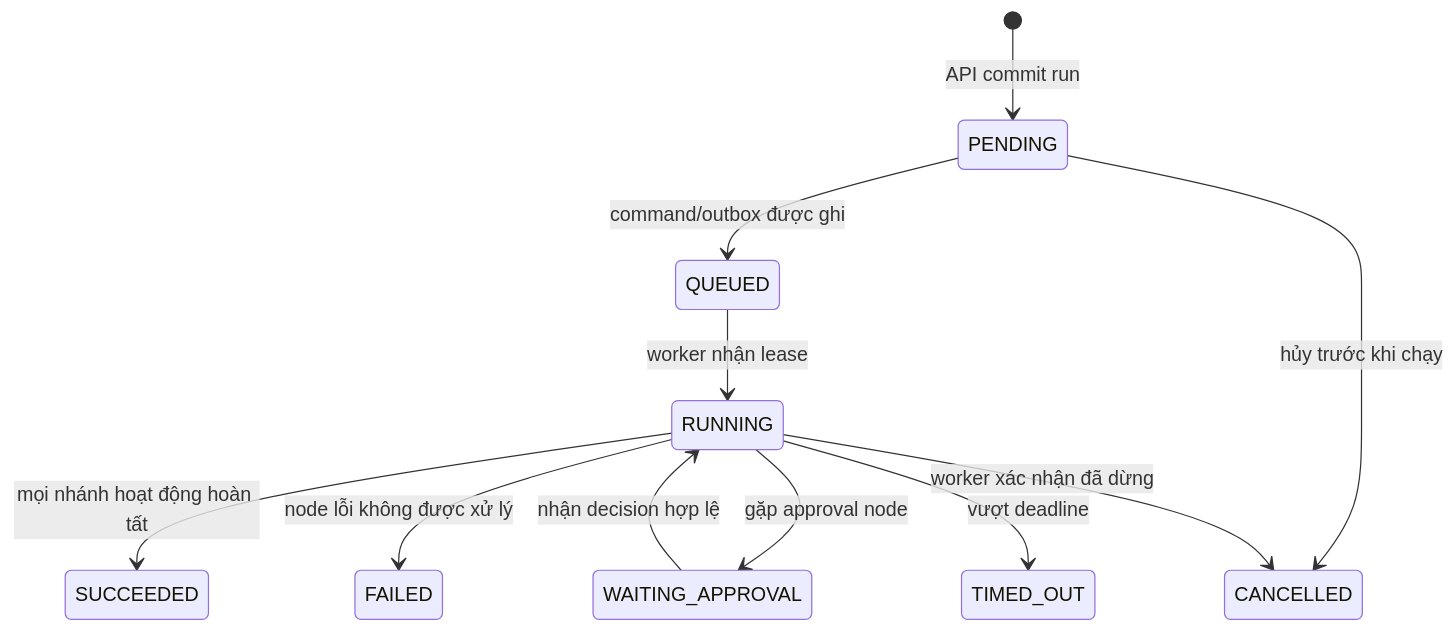
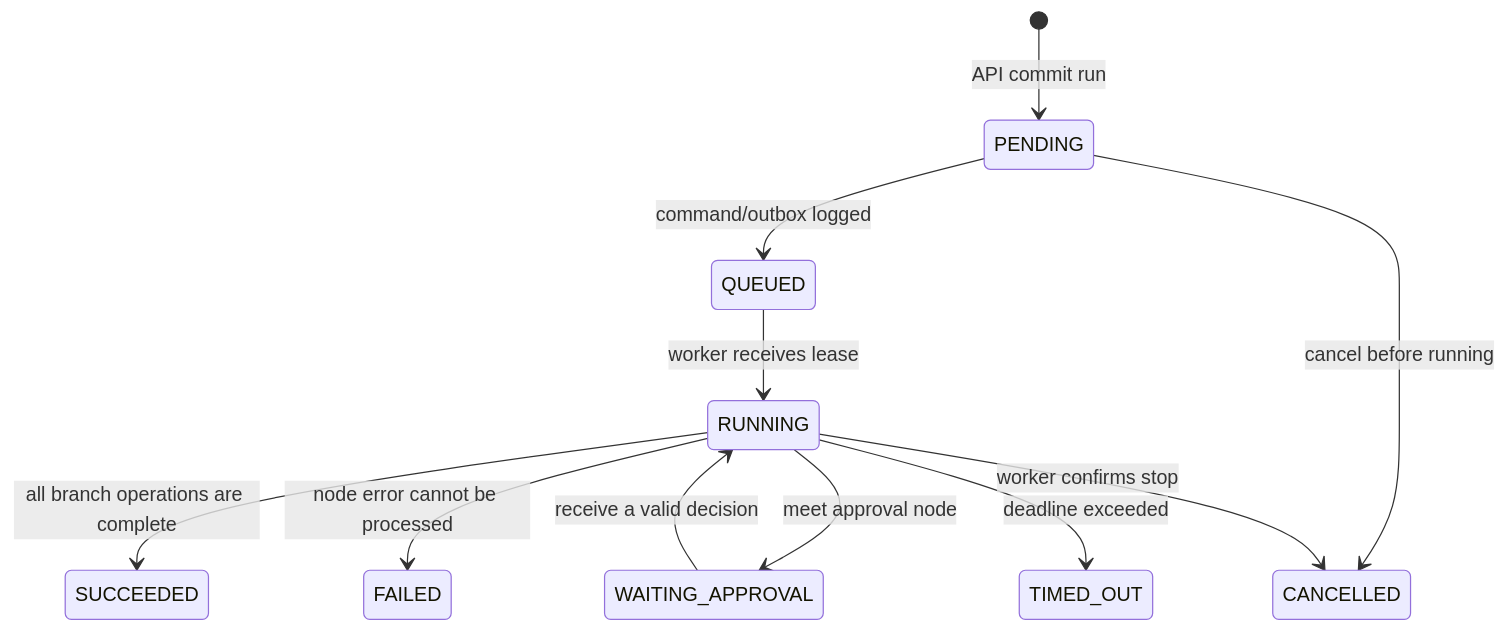
The third of 3 diagrams in docs/workflow-execution.md (ndthangit/AgentFlow), drawn with Mermaid before and after one commit. The commit also changed other lines of this file and 39 other files, not shown here.

````diff
--- a/docs/workflow-execution.md
+++ b/docs/workflow-execution.md
@@ -145,13 +145,13 @@
 ```mermaid
 stateDiagram-v2
     [*] --> PENDING: API commit run
-    PENDING --> QUEUED: command/outbox được ghi
-    QUEUED --> RUNNING: worker nhận lease
-    RUNNING --> WAITING_APPROVAL: gặp approval node
-    WAITING_APPROVAL --> RUNNING: nhận decision hợp lệ
-    RUNNING --> SUCCEEDED: mọi nhánh hoạt động hoàn tất
-    RUNNING --> FAILED: node lỗi không được xử lý
-    RUNNING --> TIMED_OUT: vượt deadline
-    PENDING --> CANCELLED: hủy trước khi chạy
-    RUNNING --> CANCELLED: worker xác nhận đã dừng
+    PENDING --> QUEUED: command/outbox logged
+    QUEUED --> RUNNING: worker receives lease
+    RUNNING --> WAITING_APPROVAL: meet approval node
+    WAITING_APPROVAL --> RUNNING: receive a valid decision
+    RUNNING --> SUCCEEDED: all branch operations are complete
+    RUNNING --> FAILED: node error cannot be processed
+    RUNNING --> TIMED_OUT: deadline exceeded
+    PENDING --> CANCELLED: cancel before running
+    RUNNING --> CANCELLED: worker confirms stop
 ```
````
